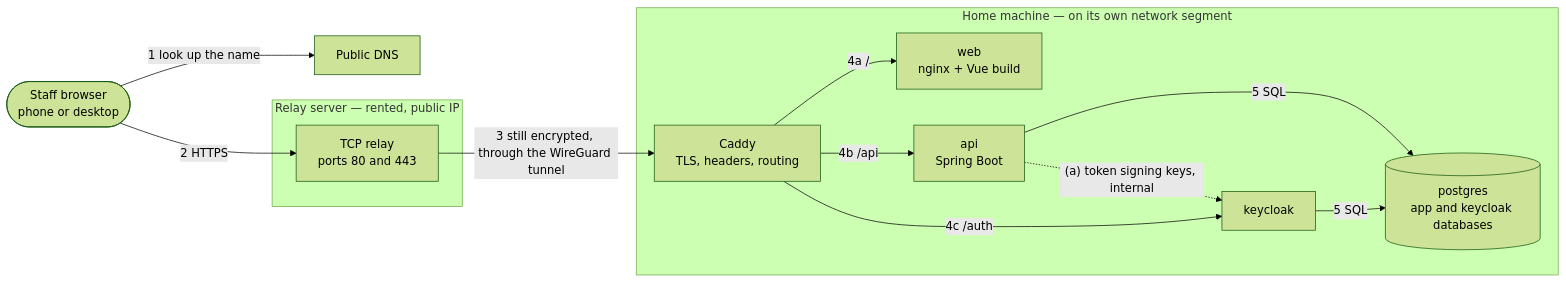
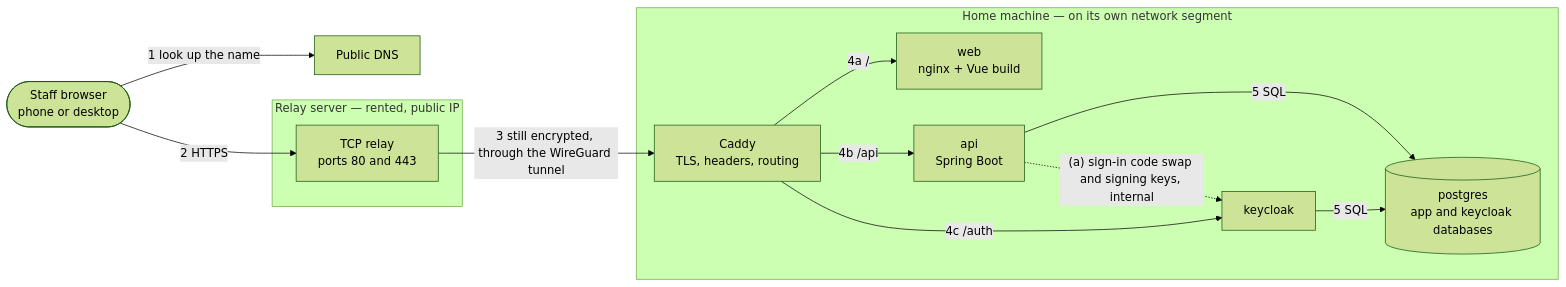
The first of 3 diagrams in docs/notion/system-design.md (RayD-Dev/mytimesheetapp.com), drawn with Mermaid (forest theme) before and after one commit. The commit also changed other lines of this file and 9 other files, not shown here.

````diff
--- a/docs/notion/system-design.md
+++ b/docs/notion/system-design.md
@@ -54,24 +54,24 @@
 ```mermaid
 flowchart LR
     B(["Staff browser<br>phone or desktop"])
     DNS["Public DNS"]
     subgraph R["Relay server — rented, public IP"]
         RL["TCP relay<br>ports 80 and 443"]
     end
     subgraph H["Home machine — on its own network segment"]
         C["Caddy<br>TLS, headers, routing"]
         W["web<br>nginx + Vue build"]
         A["api<br>Spring Boot"]
         K["keycloak"]
         P[("postgres<br>app and keycloak databases")]
     end
     B -- "1 look up the name" --> DNS
     B -- "2 HTTPS" --> RL
     RL -- "3 still encrypted, through the WireGuard tunnel" --> C
     C -- "4a /" --> W
     C -- "4b /api" --> A
     C -- "4c /auth" --> K
     A -- "5 SQL" --> P
     K -- "5 SQL" --> P
-    A -. "(a) token signing keys, internal" .-> K
+    A -. "(a) sign-in code swap and signing keys, internal" .-> K
 ```
````
